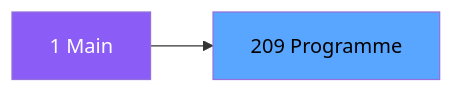
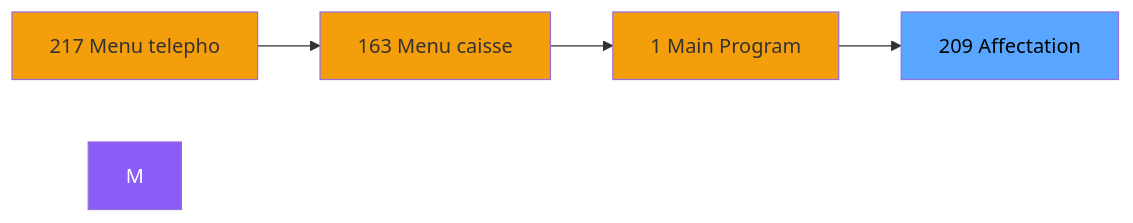
Before and after one commit to thonyAGP/magic-migration: the second of 3 diagrams in .openspec/specs/ADH-IDE-209.md, drawn with Mermaid. The commit also changed other lines of this file and 323 other files, not shown here.

````diff
--- a/.openspec/specs/ADH-IDE-209.md
+++ b/.openspec/specs/ADH-IDE-209.md
@@ -127,8 +142,15 @@
 ```mermaid
 graph LR
-    M[1 Main]
-    T[209 Programme]
-    M --> T
+    N217[217 Menu telepho]
+    N163[163 Menu caisse ]
+    N1[1 Main Program]
+    T[209 Affectation ]
+    N217 --> N163
+    N163 --> N1
+    N1 --> T
     style M fill:#8b5cf6,color:#fff
+    style N217 fill:#f59e0b
+    style N163 fill:#f59e0b
+    style N1 fill:#f59e0b
     style T fill:#58a6ff,color:#000
 ```
````
